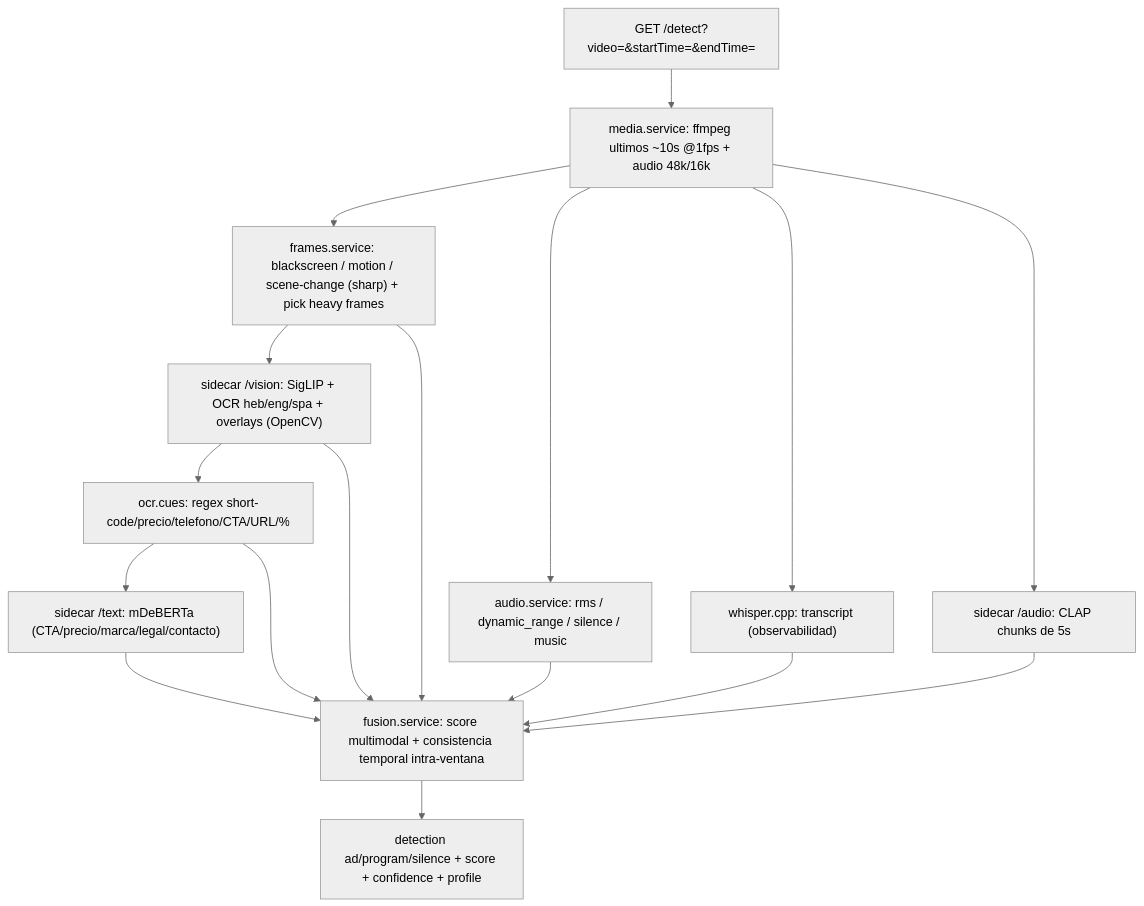
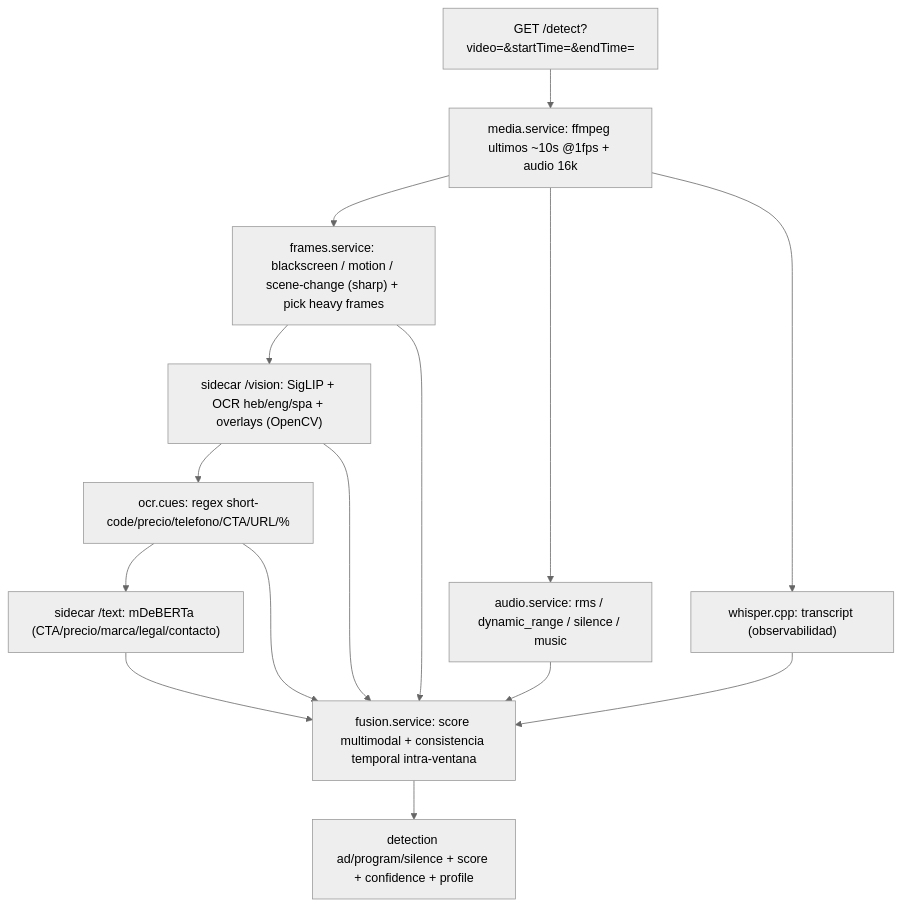
The diagram in insight-ad-recognition/README.md (Immergo-Univ/insight-cms-live2vod), drawn with Mermaid (neutral theme) before and after one commit. The commit also changed other lines of this file and 32 other files, not shown here.

````diff
--- a/insight-ad-recognition/README.md
+++ b/insight-ad-recognition/README.md
@@ -64,13 +66,12 @@
 ```mermaid
 flowchart TB
-  In["GET /detect?video=&startTime=&endTime="] --> M["media.service: ffmpeg ultimos ~10s @1fps + audio 48k/16k"]
+  In["GET /detect?video=&startTime=&endTime="] --> M["media.service: ffmpeg ultimos ~10s @1fps + audio 16k"]
   M --> GATE["frames.service: blackscreen / motion / scene-change (sharp) + pick heavy frames"]
   M --> A["audio.service: rms / dynamic_range / silence / music"]
   M --> W["whisper.cpp: transcript (observabilidad)"]
   GATE --> VIS["sidecar /vision: SigLIP + OCR heb/eng/spa + overlays (OpenCV)"]
   VIS --> CUES["ocr.cues: regex short-code/precio/telefono/CTA/URL/%"]
   CUES --> TXT["sidecar /text: mDeBERTa (CTA/precio/marca/legal/contacto)"]
-  M --> AUD["sidecar /audio: CLAP chunks de 5s"]
-  GATE & A & W & VIS & CUES & TXT & AUD --> FUSE["fusion.service: score multimodal + consistencia temporal intra-ventana"]
+  GATE & A & W & VIS & CUES & TXT --> FUSE["fusion.service: score multimodal + consistencia temporal intra-ventana"]
   FUSE --> Out["detection ad/program/silence + score + confidence + profile"]
 ```
````
